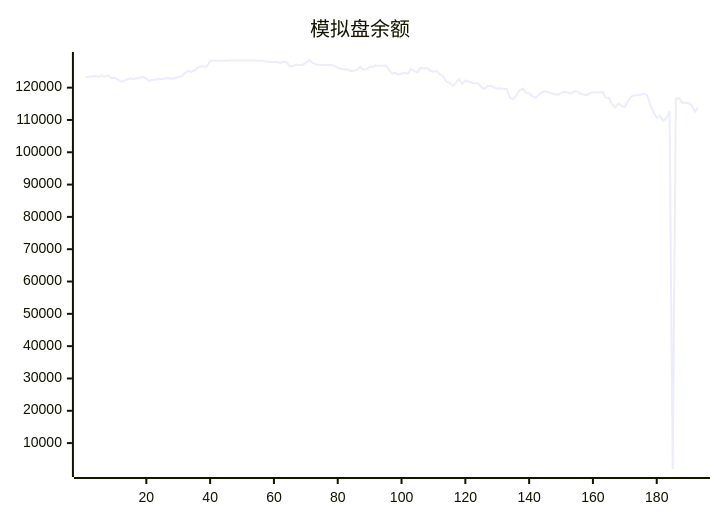
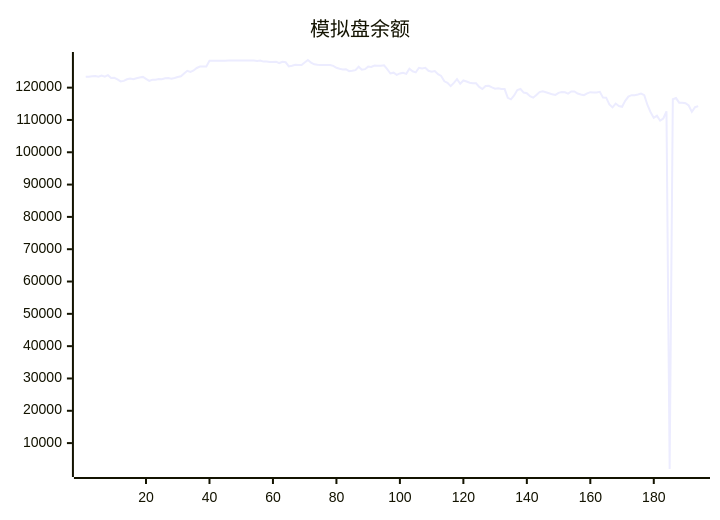
One commit to aahl/ai-trading changed the diagram in README.md. Above: the diagram before and after it, drawn with Mermaid. The commit also changed other lines of this file and 1 other file, not shown here.

````diff
--- a/README.md
+++ b/README.md
@@ -5,5 +5,5 @@
 ```mermaid
 xychart
     title "模拟盘余额"
-    line [123338,123402,123530,123592,123378,123745,123413,123853,123009,123040,122557,121938,122095,122599,122856,122597,122898,123160,123319,122719,122087,122454,122416,122685,122592,122907,122961,122776,122981,123295,123507,124403,125224,124894,125303,126088,126544,126534,126549,128335,128318,128318,128318,128318,128318,128424,128424,128424,128424,128424,128424,128424,128424,128424,128247,128412,128062,128087,127917,127901,128026,127611,128000,127850,126572,126770,127100,126971,127029,127783,128554,127765,127224,127064,127044,127009,127025,127004,126738,126152,125871,125635,125707,125117,125217,125420,126480,125545,125715,126511,126424,126856,126764,126788,126890,125710,124381,124632,123936,124402,124574,124256,125833,125070,124739,126154,125966,126145,125213,124943,125143,124157,123604,121959,121476,120476,121470,122610,121201,122221,121889,121522,121332,121344,120232,119559,120513,120577,120108,119680,119777,119572,119568,116839,116392,117573,119250,119585,118469,118277,117338,116897,117706,118628,118849,118579,118280,117926,117735,118373,118639,118544,118136,118798,118819,118162,117874,117649,118215,118601,118463,118517,118713,116911,116899,114798,113887,115084,114313,114091,115934,117221,117658,117658,117883,118164,117693,114632,112403,110644,111313,109777,110444,112673,1984,116419,116772,115355,115355,115198,114476,112510,113954]
+    line [123338,123402,123530,123592,123378,123745,123413,123853,123009,123040,122557,121938,122095,122599,122856,122597,122898,123160,123319,122719,122087,122454,122416,122685,122592,122907,122961,122776,122981,123295,123507,124403,125224,124894,125303,126088,126544,126534,126549,128335,128318,128318,128318,128318,128318,128424,128424,128424,128424,128424,128424,128424,128424,128424,128247,128412,128062,128087,127917,127901,128026,127611,128000,127850,126572,126770,127100,126971,127029,127783,128554,127765,127224,127064,127044,127009,127025,127004,126738,126152,125871,125635,125707,125117,125217,125420,126480,125545,125715,126511,126424,126856,126764,126788,126890,125710,124381,124632,123936,124402,124574,124256,125833,125070,124739,126154,125966,126145,125213,124943,125143,124157,123604,121959,121476,120476,121470,122610,121201,122221,121889,121522,121332,121344,120232,119559,120513,120577,120108,119680,119777,119572,119568,116839,116392,117573,119250,119585,118469,118277,117338,116897,117706,118628,118849,118579,118280,117926,117735,118373,118639,118544,118136,118798,118819,118162,117874,117649,118215,118601,118463,118517,118713,116911,116899,114798,113887,115084,114313,114091,115934,117221,117658,117658,117883,118164,117693,114632,112403,110644,111313,109777,110444,112673,1984,116419,116772,115355,115355,115198,114476,112510,113954,114276]
 ```
````
